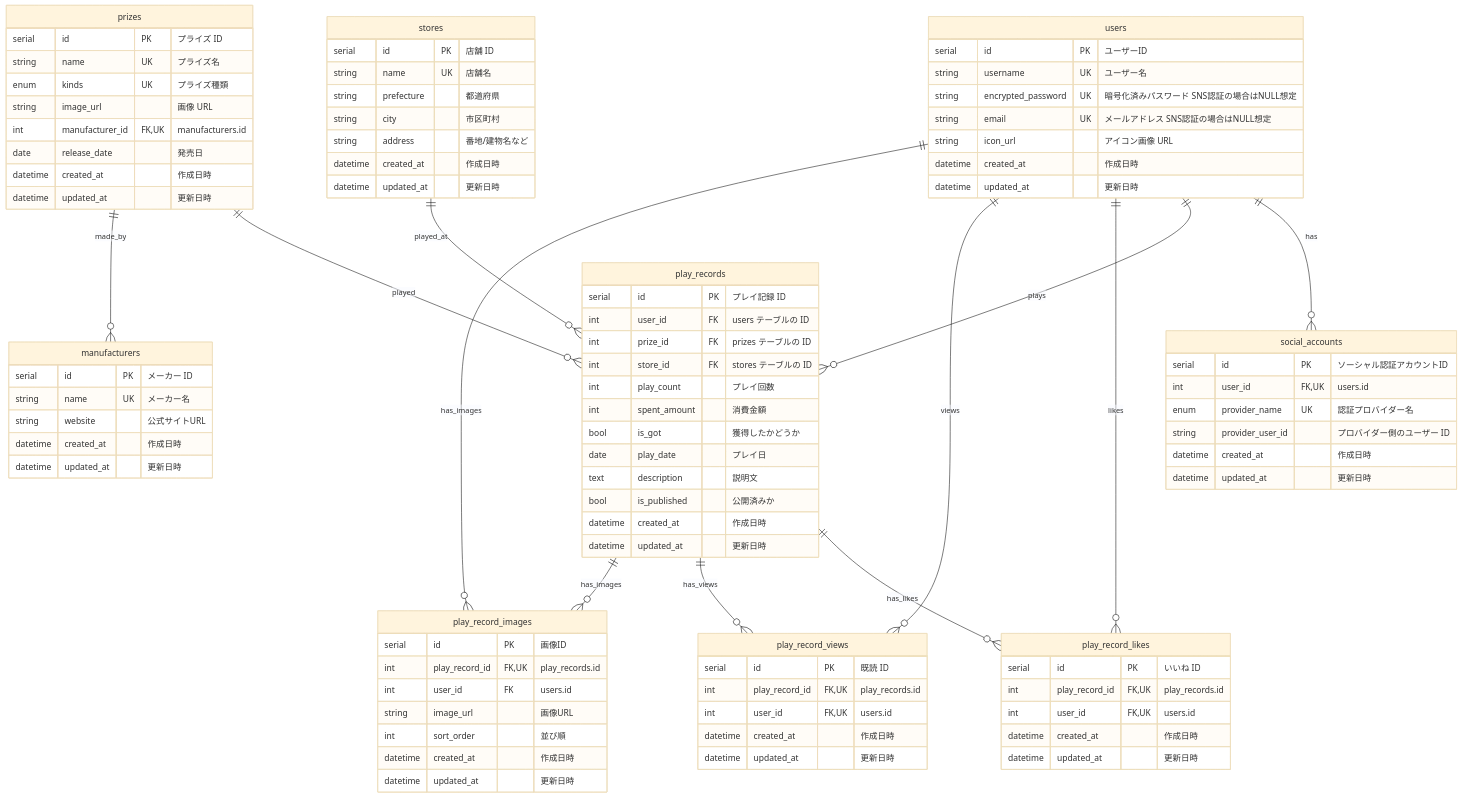
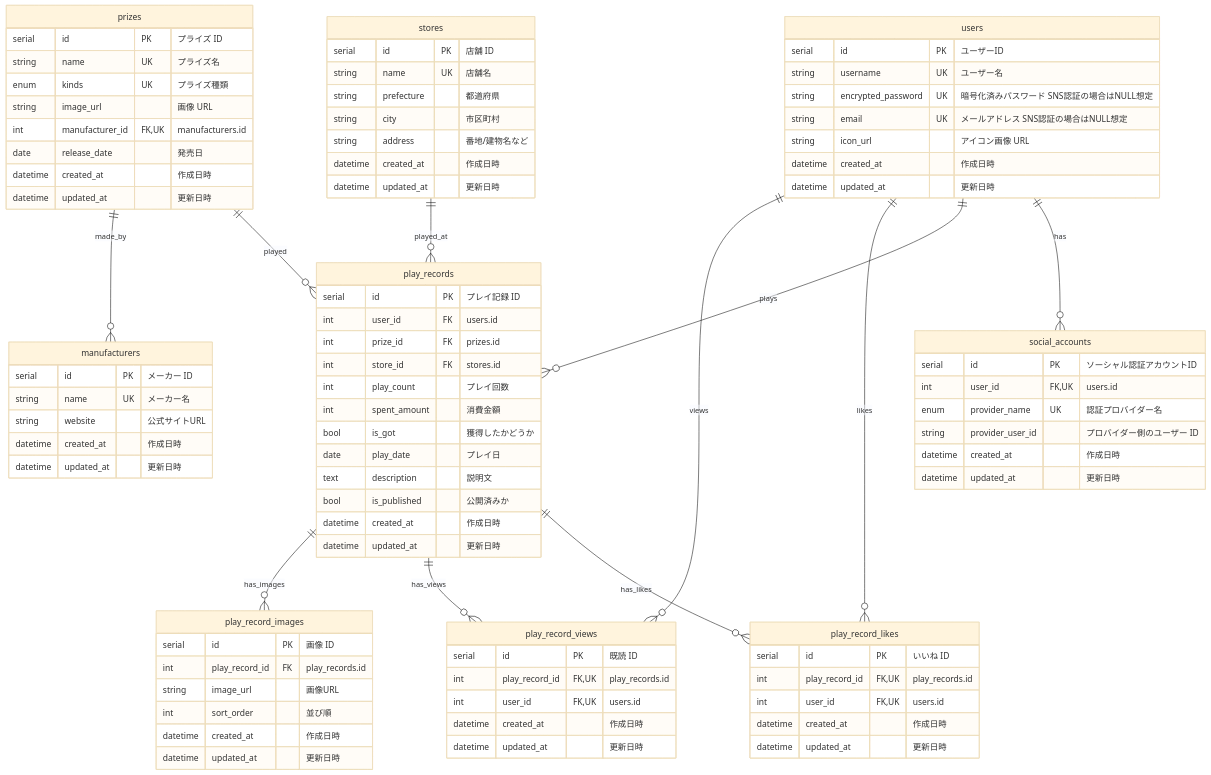
The diagram in docs/er_diagram.md (t-keisuke-0/platform_crane_backend), drawn with Mermaid (base theme) before and after one commit. The commit also changed other lines of this file, not shown here.

```diff
--- a/docs/er_diagram.md
+++ b/docs/er_diagram.md
@@ -47,9 +47,9 @@
     }
     play_records {
         serial id PK "プレイ記録 ID"
-        int user_id FK "users テーブルの ID"
-        int prize_id FK "prizes テーブルの ID"
-        int store_id FK "stores テーブルの ID"
+        int user_id FK "users.id"
+        int prize_id FK "prizes.id"
+        int store_id FK "stores.id"
         int play_count "プレイ回数"
         int spent_amount "消費金額"
         bool is_got "獲得したかどうか"
@@ -74,9 +74,8 @@
         datetime updated_at "更新日時"
     }
     play_record_images {
-        serial id PK "画像ID"
-        int play_record_id FK,UK "play_records.id"
-        int user_id FK "users.id"
+        serial id PK "画像 ID"
+        int play_record_id FK "play_records.id"
         string image_url "画像URL"
         int sort_order "並び順"
         datetime created_at "作成日時"
@@ -87,7 +86,6 @@
     users ||--o{ play_records : plays
     users ||--o{ play_record_likes : likes
     users ||--o{ play_record_views : views
-    users ||--o{ play_record_images : has_images
     prizes ||--o{ play_records : played
     prizes ||--o{ manufacturers : made_by
     stores ||--o{ play_records : played_at
```
